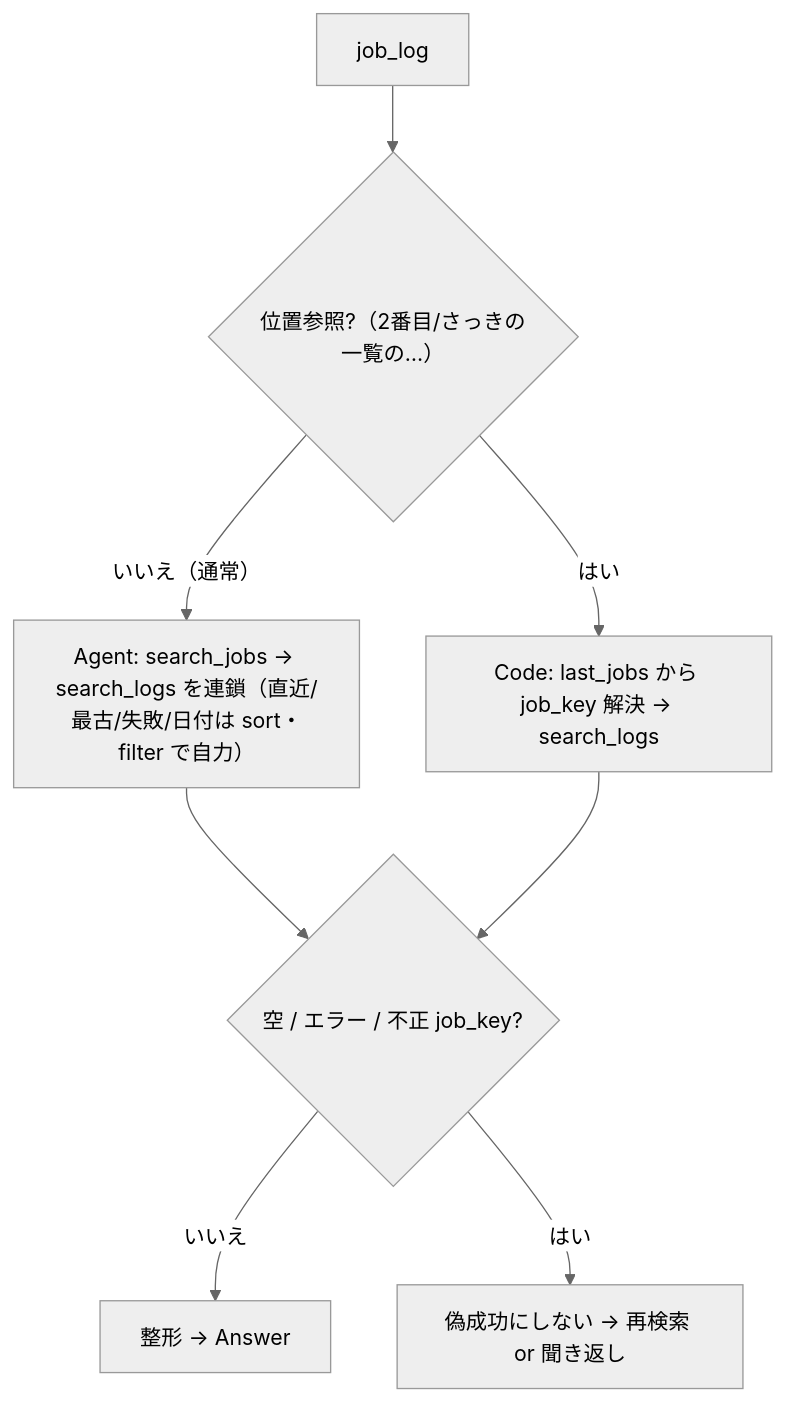
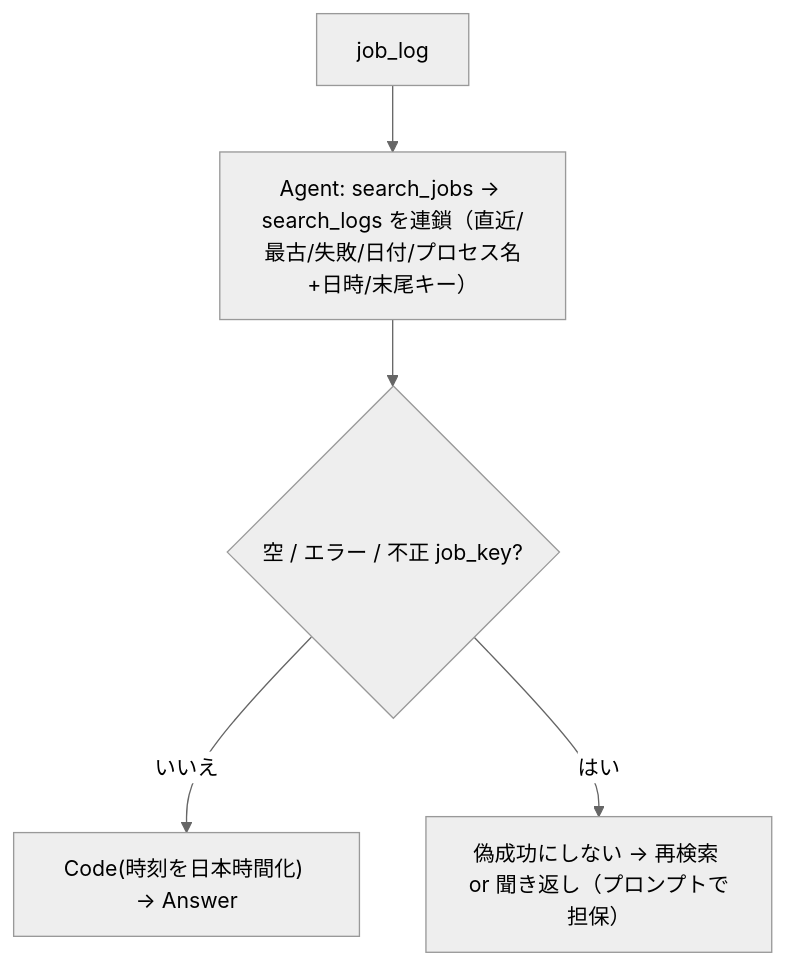
Before and after one commit to TechTM-0/uipath-dify-connector: the third of 7 diagrams in docs/照会アシスタントA_設計メモ_案2_FunctionCalling.md, drawn with Mermaid (neutral theme). The commit also changed other lines of this file and 1 other file, not shown here.

````diff
--- a/docs/照会アシスタントA_設計メモ_案2_FunctionCalling.md
+++ b/docs/照会アシスタントA_設計メモ_案2_FunctionCalling.md
@@ -109,10 +133,7 @@
 ```mermaid
 flowchart TD
-  IN["job_log"] --> R{"位置参照?（2番目/さっきの一覧の…）"}
-  R -- "いいえ（通常）" --> AG["Agent: search_jobs → search_logs を連鎖（直近/最古/失敗/日付は sort・filter で自力）"]
-  R -- "はい" --> CODE["Code: last_jobs から job_key 解決 → search_logs"]
+  IN["job_log"] --> AG["Agent: search_jobs → search_logs を連鎖（直近/最古/失敗/日付/プロセス名+日時/末尾キー）"]
   AG --> FS{"空 / エラー / 不正 job_key?"}
-  CODE --> FS
-  FS -- "いいえ" --> FMT["整形 → Answer"]
-  FS -- "はい" --> ASK["偽成功にしない → 再検索 or 聞き返し"]
+  FS -- "いいえ" --> ANS["Code(時刻を日本時間化) → Answer"]
+  FS -- "はい" --> ASK["偽成功にしない → 再検索 or 聞き返し（プロンプトで担保）"]
 ```
````
